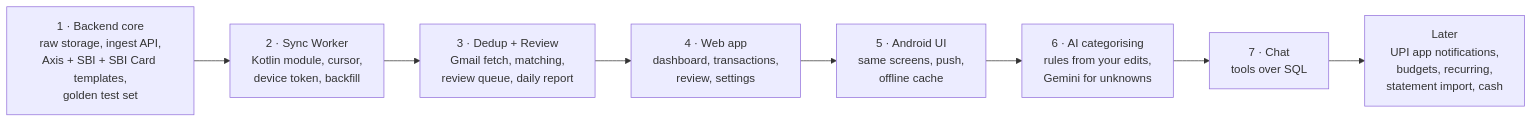
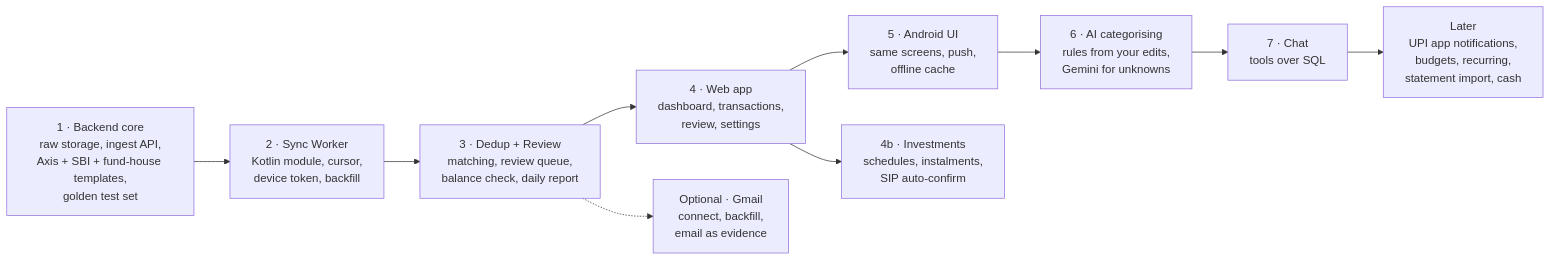
One commit to moonman369/hishaab changed the diagram in docs/Hishaab-ai-diagrams/diagrams/18-build-order.mmd. Above: the diagram before and after it, drawn with Mermaid. The commit also changed 34 other files, not shown here.

First line of the commit message:
UPDATE HLD AND DIAGRAMS FOR OPTIONAL EMAIL CONNECTIVITY

```diff
--- a/docs/Hishaab-ai-diagrams/diagrams/18-build-order.mmd
+++ b/docs/Hishaab-ai-diagrams/diagrams/18-build-order.mmd
@@ -1,8 +1,10 @@
 flowchart LR
-    P1["1 · Backend core<br/>raw storage, ingest API,<br/>Axis + SBI + SBI Card templates,<br/>golden test set"] --> P2["2 · Sync Worker<br/>Kotlin module, cursor,<br/>device token, backfill"]
-    P2 --> P3["3 · Dedup + Review<br/>Gmail fetch, matching,<br/>review queue, daily report"]
+    P1["1 · Backend core<br/>raw storage, ingest API,<br/>Axis + SBI + fund-house templates,<br/>golden test set"] --> P2["2 · Sync Worker<br/>Kotlin module, cursor,<br/>device token, backfill"]
+    P2 --> P3["3 · Dedup + Review<br/>matching, review queue,<br/>balance check, daily report"]
     P3 --> P4["4 · Web app<br/>dashboard, transactions,<br/>review, settings"]
     P4 --> P5["5 · Android UI<br/>same screens, push,<br/>offline cache"]
+    P4 --> PI["4b · Investments<br/>schedules, instalments,<br/>SIP auto-confirm"]
+    P3 -.-> PM["Optional · Gmail<br/>connect, backfill,<br/>email as evidence"]
     P5 --> P6["6 · AI categorising<br/>rules from your edits,<br/>Gemini for unknowns"]
     P6 --> P7["7 · Chat<br/>tools over SQL"]
     P7 --> P8["Later<br/>UPI app notifications,<br/>budgets, recurring,<br/>statement import, cash"]
```
